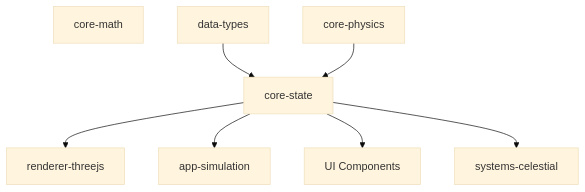
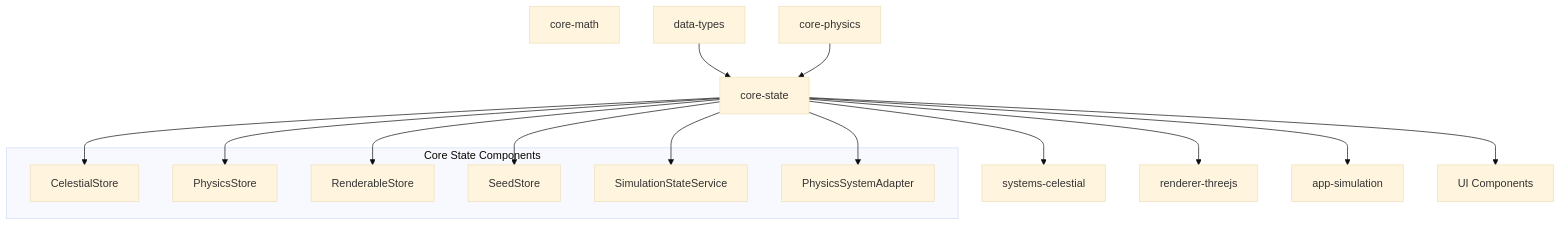
Before and after one commit to tanepiper/teskooano: the diagram in packages/core/state/README.md, drawn with Mermaid (base theme). The commit also changed other lines of this file and 28 other files, not shown here.

````diff
--- a/packages/core/state/README.md
+++ b/packages/core/state/README.md
@@ -17,18 +17,34 @@
 ```mermaid
 graph TD
     Math[core-math]
     Physics[core-physics]
     State[core-state]
     Types[data-types]
     Celestial[systems-celestial]
     Renderer[renderer-threejs]
     Simulation[app-simulation]
     UI[UI Components]
 
     Types --> State
     Physics --> State
     State --> Renderer
     State --> Simulation
     State --> UI
     State --> Celestial
+
+    subgraph "Core State Components"
+        CS[CelestialStore]
+        PS[PhysicsStore]
+        RS[RenderableStore]
+        SS[SeedStore]
+        SVS[SimulationStateService]
+        PPA[PhysicsSystemAdapter]
+    end
+
+    State --> CS
+    State --> PS
+    State --> RS
+    State --> SS
+    State --> SVS
+    State --> PPA
 ```
````
